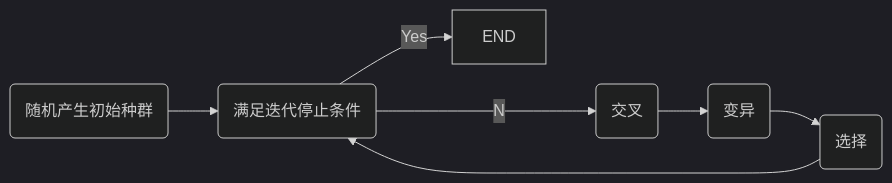
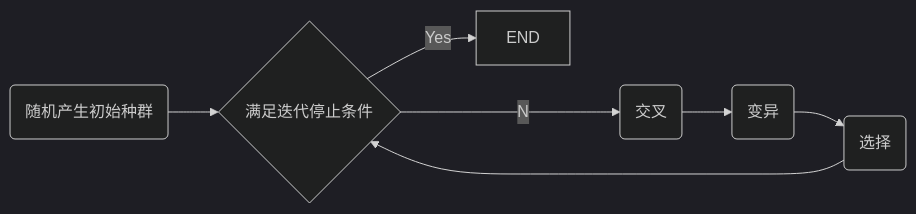
One commit to guanhuankang/TSP changed the first of 2 diagrams in README.md. Above: the diagram before and after it, drawn with Mermaid (dark theme). The commit also changed other lines of this file and 1 other file, not shown here.

````diff
--- a/README.md
+++ b/README.md
@@ -79,18 +84,18 @@
 ```mermaid
 graph LR
 
 A(随机产生初始种群)
-B(满足迭代停止条件)
+B{满足迭代停止条件}
 C(交叉)
 D(变异)
 E(选择)
 
 A --> B
 
 B --Yes--> END
 B --No--> C
 C --> D 
 D --> E
 E --> B
 
 ```
````
